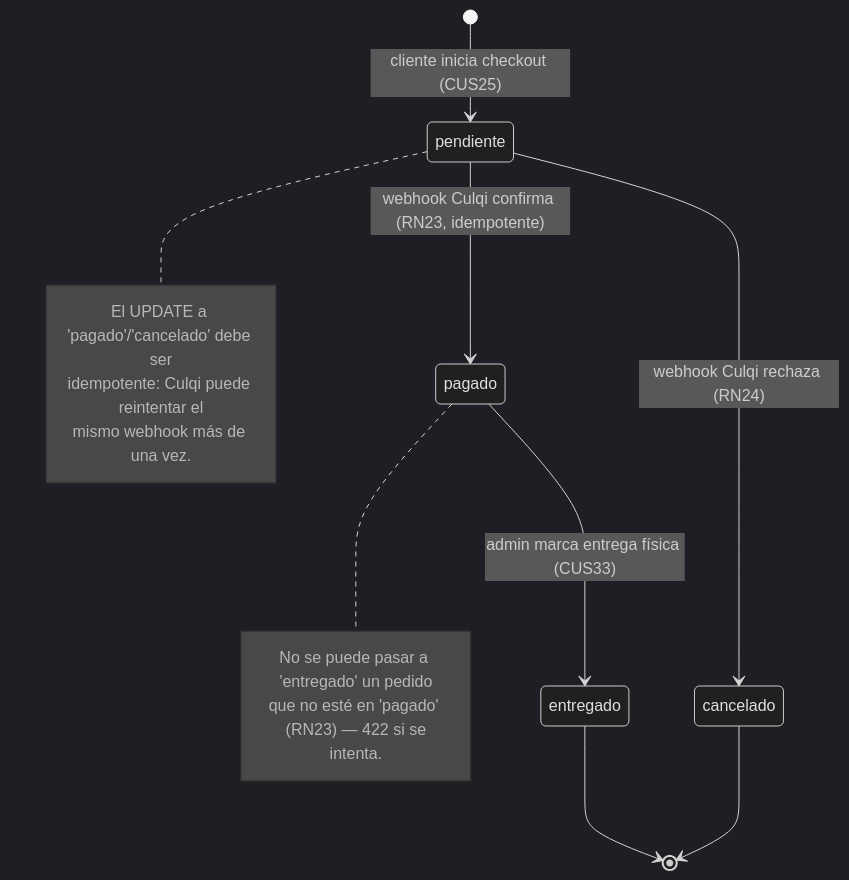
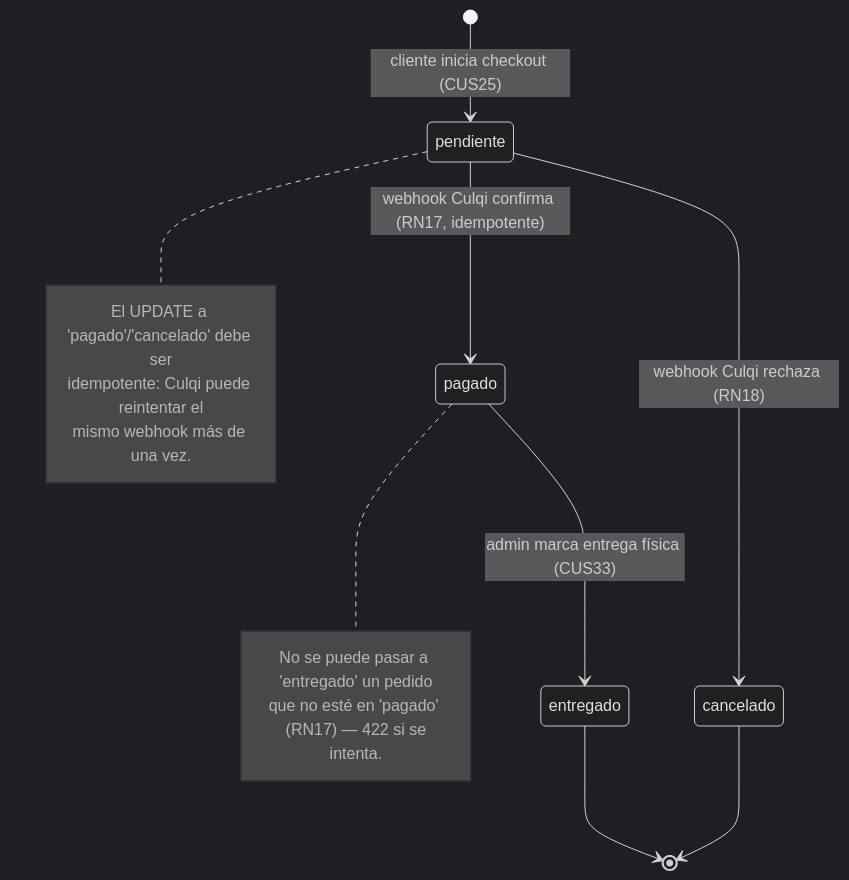
Before and after one commit to Alezzandromv/welve: the second of 3 diagrams in docs/tesis/08_DIAGRAMAS_DE_ESTADO.md, drawn with Mermaid (dark theme). The commit also changed other lines of this file and 73 other files, not shown here.

````diff
--- a/docs/tesis/08_DIAGRAMAS_DE_ESTADO.md
+++ b/docs/tesis/08_DIAGRAMAS_DE_ESTADO.md
@@ -48,24 +48,24 @@
 ```mermaid
 stateDiagram-v2
     [*] --> pendiente : cliente inicia checkout (CUS25)
 
-    pendiente --> pagado : webhook Culqi confirma (RN23, idempotente)
-    pendiente --> cancelado : webhook Culqi rechaza (RN24)
+    pendiente --> pagado : webhook Culqi confirma (RN17, idempotente)
+    pendiente --> cancelado : webhook Culqi rechaza (RN18)
 
     pagado --> entregado : admin marca entrega física (CUS33)
 
     entregado --> [*]
     cancelado --> [*]
 
     note right of pendiente
         El UPDATE a 'pagado'/'cancelado' debe ser
         idempotente: Culqi puede reintentar el
         mismo webhook más de una vez.
     end note
 
     note right of pagado
         No se puede pasar a 'entregado' un pedido
-        que no esté en 'pagado' (RN23) — 422 si se
+        que no esté en 'pagado' (RN17) — 422 si se
         intenta.
     end note
 ```
````
